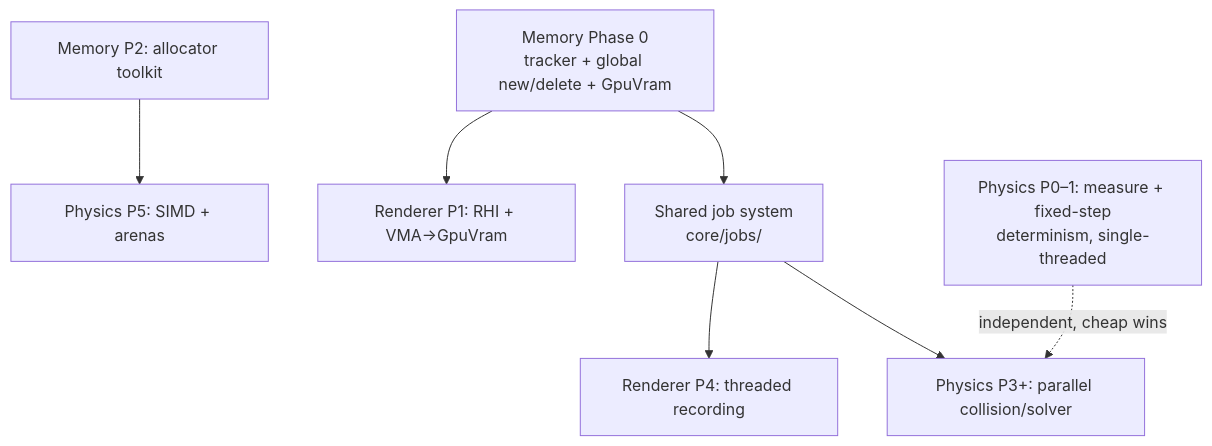
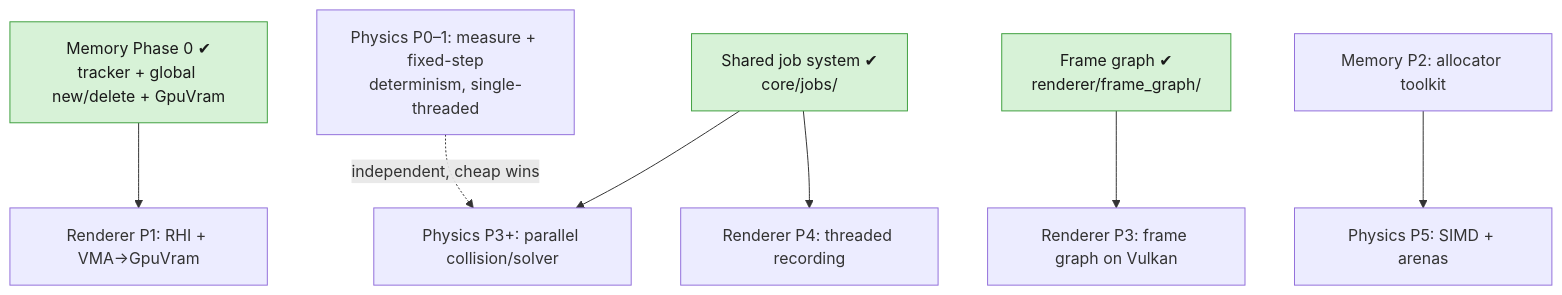
The diagram in .claude/plans/roadmap.md (Amritraj015/Vulkyrie), drawn with Mermaid before and after one commit. The commit also changed other lines of this file and 19 other files, not shown here.

````diff
--- a/.claude/plans/roadmap.md
+++ b/.claude/plans/roadmap.md
@@ -28,9 +37,12 @@
 ```mermaid
 graph TD
-    M0[Memory Phase 0<br/>tracker + global new/delete + GpuVram] --> JOBS[Shared job system<br/>core/jobs/]
-    M0 --> RP1[Renderer P1: RHI + VMA→GpuVram]
-    JOBS --> PP3[Physics P3+: parallel collision/solver]
+    M0["Memory Phase 0 ✔<br/>tracker + global new/delete + GpuVram"] --> RP1[Renderer P1: RHI + VMA→GpuVram]
+    JOBS["Shared job system ✔<br/>core/jobs/"] --> PP3[Physics P3+: parallel collision/solver]
     JOBS --> RP4[Renderer P4: threaded recording]
+    FG["Frame graph ✔<br/>renderer/frame_graph/"] --> RP3[Renderer P3: frame graph on Vulkan]
     M2[Memory P2: allocator toolkit] --> PP5[Physics P5: SIMD + arenas]
     PP0[Physics P0–1: measure + fixed-step<br/>determinism, single-threaded] -.independent, cheap wins.-> PP3
+
+    classDef done fill:#d7f2d7,stroke:#40a040,color:#1a1a1a
+    class M0,JOBS,FG done
 ```
````
